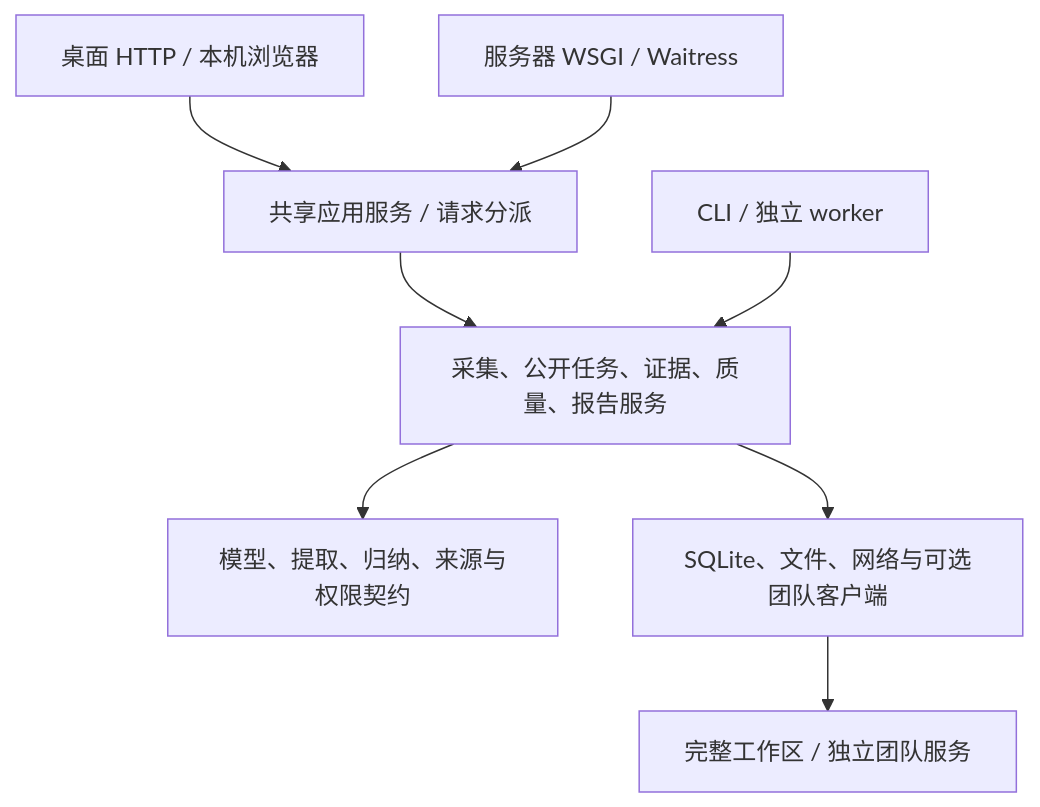
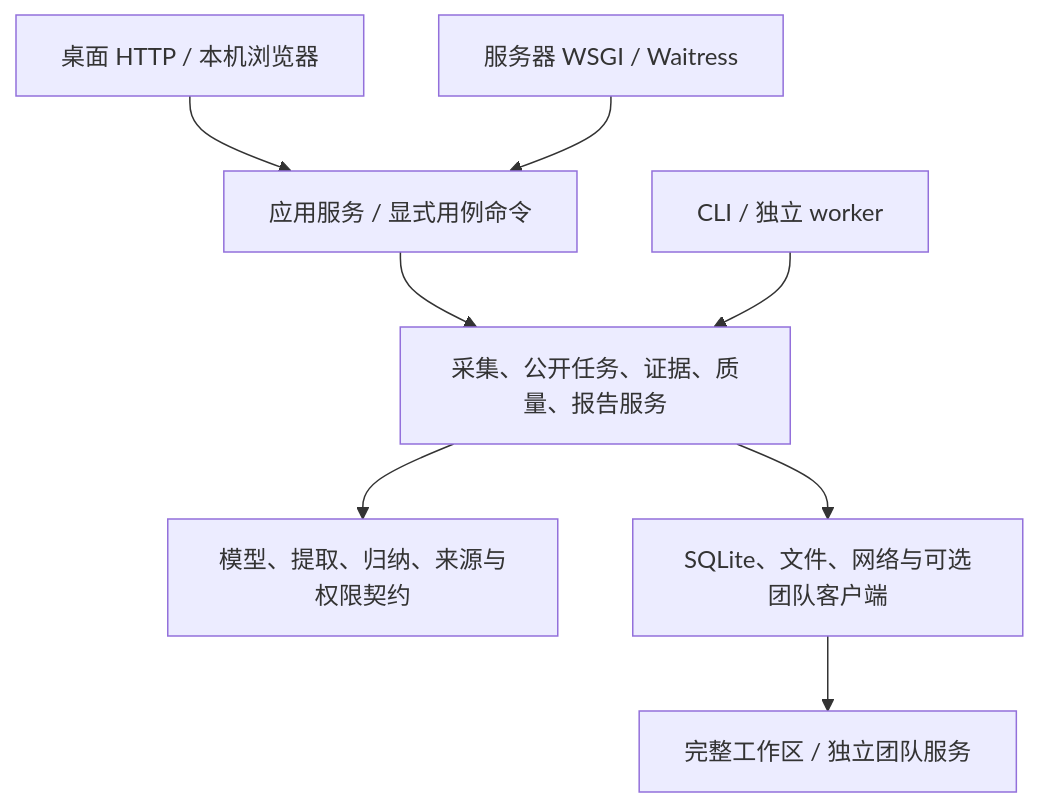
The diagram in docs/ARCHITECTURE.md (saksim/vibe_job_radar), drawn with Mermaid before and after one commit. The commit also changed other lines of this file and 28 other files, not shown here.

````diff
--- a/docs/ARCHITECTURE.md
+++ b/docs/ARCHITECTURE.md
@@ -21,10 +21,10 @@
 ```mermaid
 flowchart TD
-  Desktop["桌面 HTTP / 本机浏览器"] --> App["共享应用服务 / 请求分派"]
+  Desktop["桌面 HTTP / 本机浏览器"] --> App["应用服务 / 显式用例命令"]
   Server["服务器 WSGI / Waitress"] --> App
   App --> Services["采集、公开任务、证据、质量、报告服务"]
   CLI["CLI / 独立 worker"] --> Services
   Services --> Domain["模型、提取、归纳、来源与权限契约"]
   Services --> Infra["SQLite、文件、网络与可选团队客户端"]
   Infra --> Data["完整工作区 / 独立团队服务"]
 ```
````
